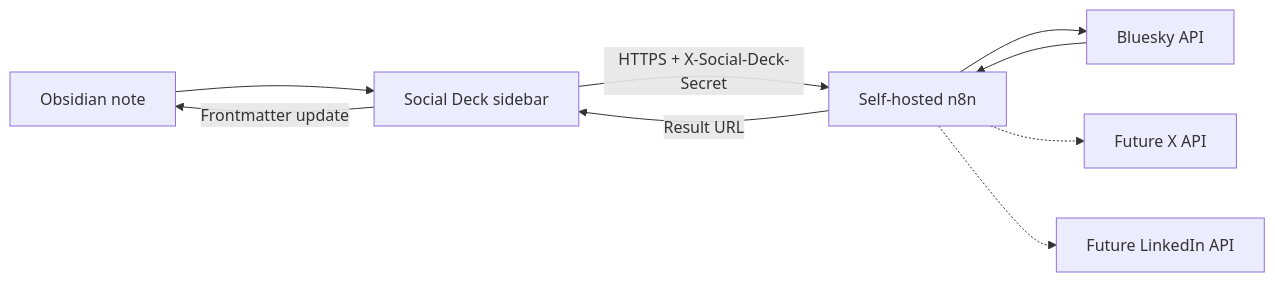
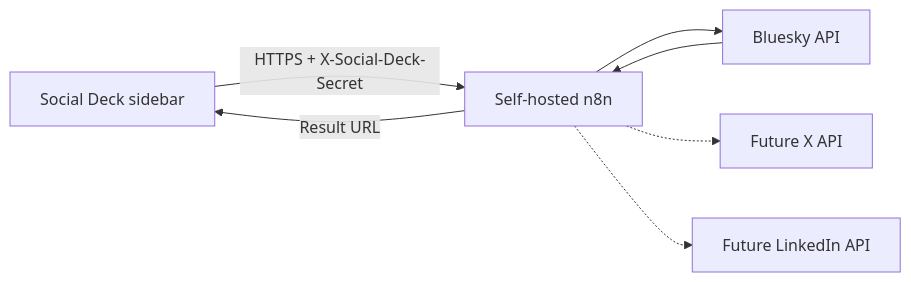
Before and after one commit to torin-cyber-group/obsidian-social-deck: the diagram in docs/CODEX_HANDOFF.md, drawn with Mermaid. The commit also changed other lines of this file and 12 other files, not shown here.

````diff
--- a/docs/CODEX_HANDOFF.md
+++ b/docs/CODEX_HANDOFF.md
@@ -93,11 +88,9 @@
 ```mermaid
 flowchart LR
-    A["Obsidian note"] --> B["Social Deck sidebar"]
-    B -->|"HTTPS + X-Social-Deck-Secret"| C["Self-hosted n8n"]
-    C --> D["Bluesky API"]
-    C -.-> E["Future X API"]
-    C -.-> F["Future LinkedIn API"]
-    D --> C
-    C -->|"Result URL"| B
-    B -->|"Frontmatter update"| A
+    A["Social Deck sidebar"] -->|"HTTPS + X-Social-Deck-Secret"| B["Self-hosted n8n"]
+    B --> C["Bluesky API"]
+    B -.-> D["Future X API"]
+    B -.-> E["Future LinkedIn API"]
+    C --> B
+    B -->|"Result URL"| A
 ```
````
